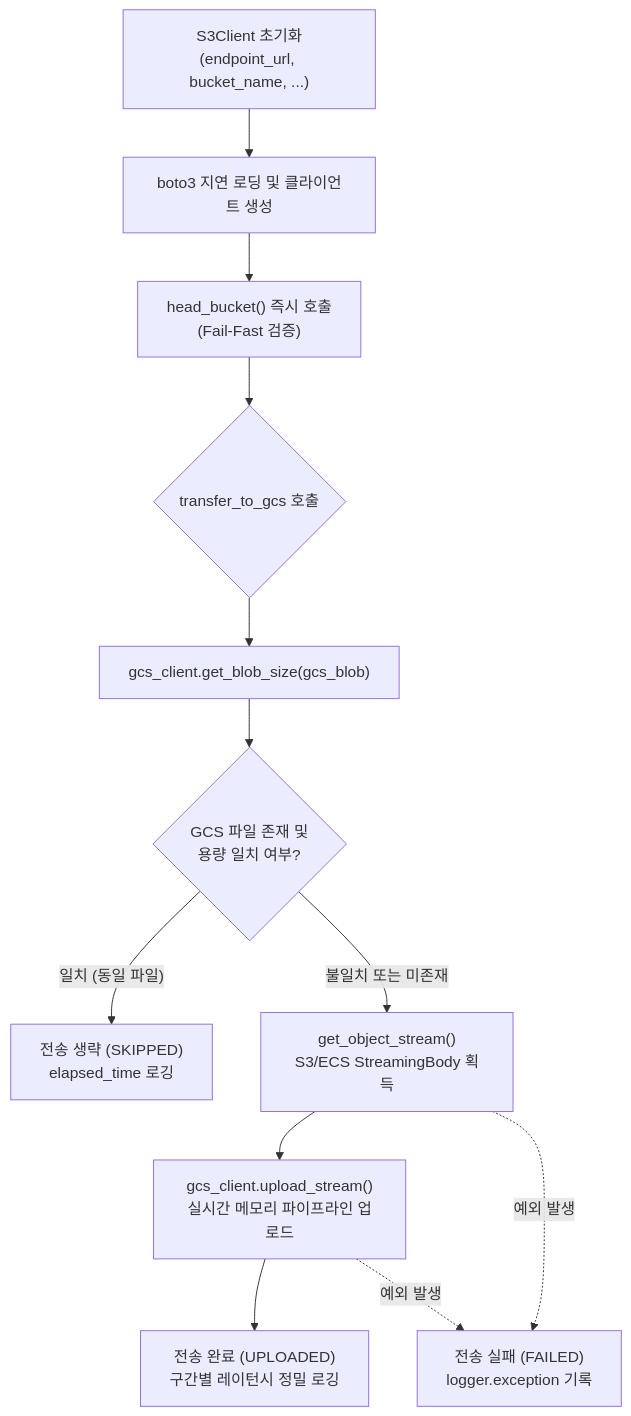
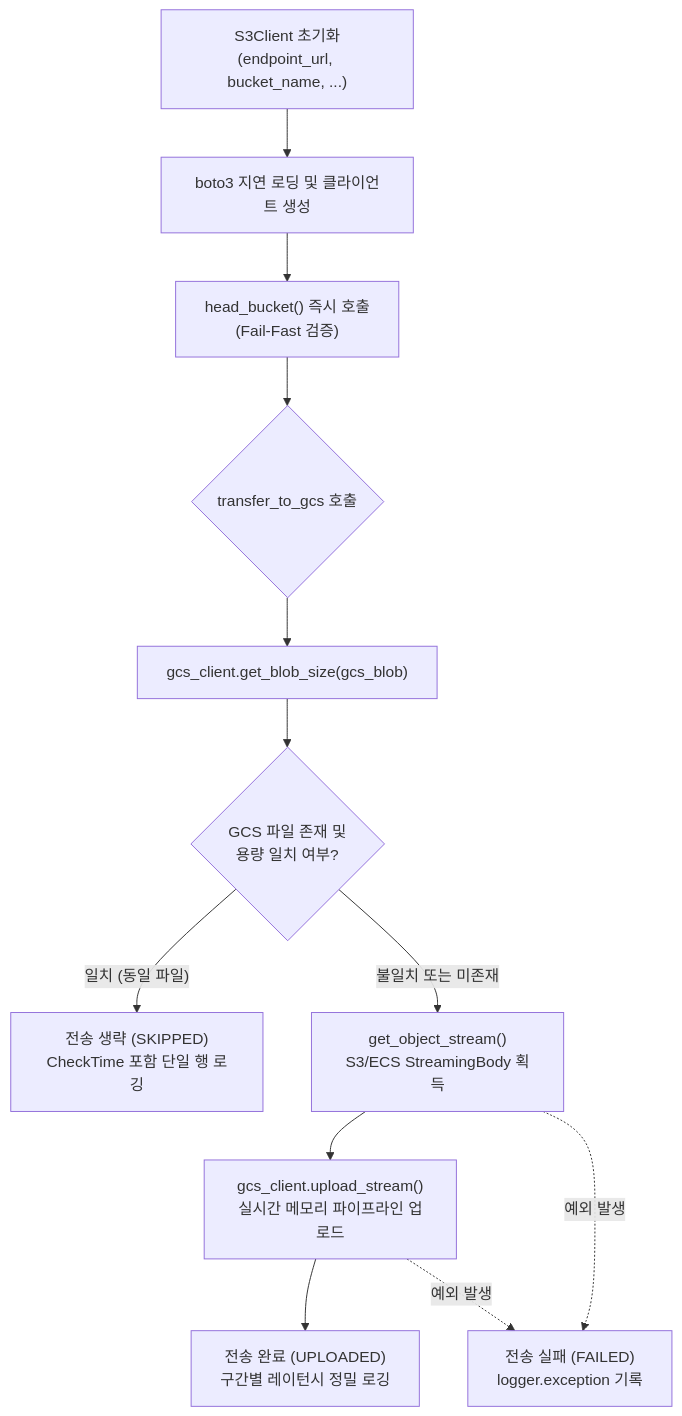
One commit to kampores/agent_common changed the diagram in manual/ko/clients/01_s3_ecs_storage_client_ko.md. Above: the diagram before and after it, drawn with Mermaid. The commit also changed 19 other files, not shown here.

````diff
--- a/manual/ko/clients/01_s3_ecs_storage_client_ko.md
+++ b/manual/ko/clients/01_s3_ecs_storage_client_ko.md
@@ -25,17 +25,17 @@
 ```mermaid
 flowchart TD
     A["S3Client 초기화<br/>(endpoint_url, bucket_name, ...)"] --> B["boto3 지연 로딩 및 클라이언트 생성"]
     B --> C["head_bucket() 즉시 호출<br/>(Fail-Fast 검증)"]
     
     C --> D{"transfer_to_gcs 호출"}
     D --> E["gcs_client.get_blob_size(gcs_blob)"]
     E --> F{"GCS 파일 존재 및<br/>용량 일치 여부?"}
     
-    F -->|"일치 (동일 파일)"| G["전송 생략 (SKIPPED)<br/>elapsed_time 로깅"]
+    F -->|"일치 (동일 파일)"| G["전송 생략 (SKIPPED)<br/>CheckTime 포함 단일 행 로깅"]
     F -->|"불일치 또는 미존재"| H["get_object_stream()<br/>S3/ECS StreamingBody 획득"]
     H --> I["gcs_client.upload_stream()<br/>실시간 메모리 파이프라인 업로드"]
     I --> J["전송 완료 (UPLOADED)<br/>구간별 레이턴시 정밀 로깅"]
     
     H -.->|"예외 발생"| K["전송 실패 (FAILED)<br/>logger.exception 기록"]
     I -.->|"예외 발생"| K
 ```
````
